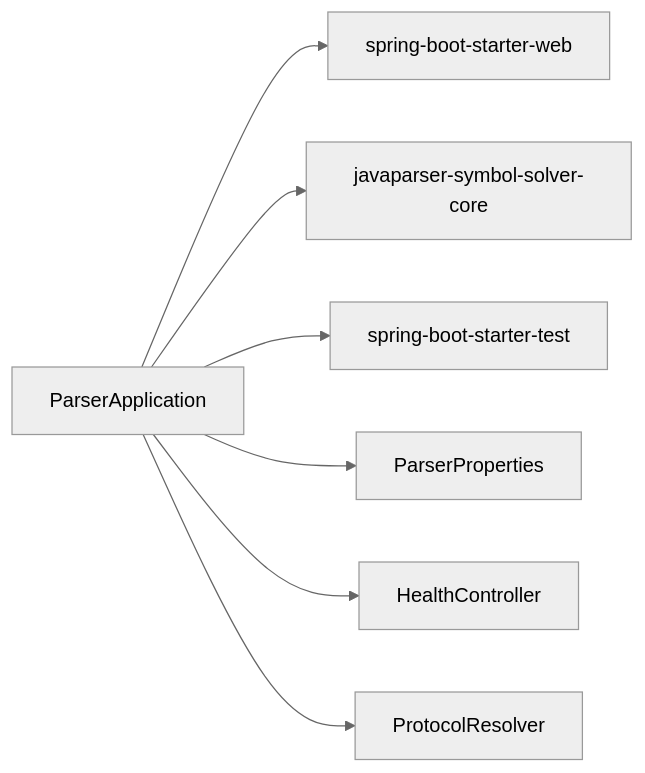
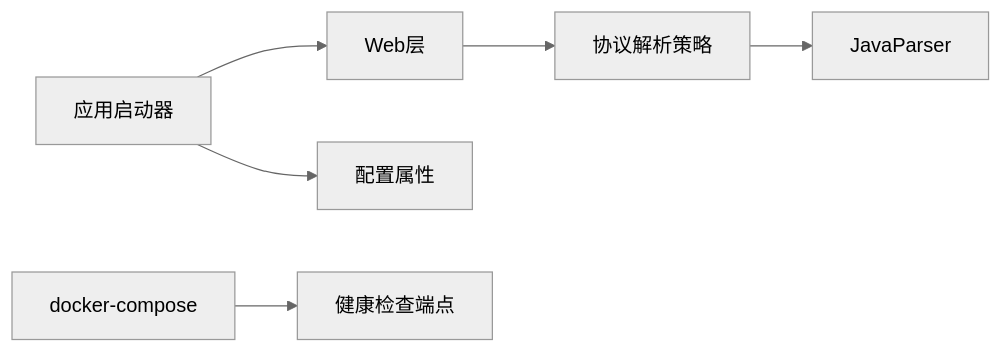
One commit to Joeyzheng001/LLM-AutoTest changed the fifth of 7 diagrams in .qoder/repowiki/zh/content/核心服务/Java解析器服务.md. Above: the diagram before and after it, drawn with Mermaid (neutral theme). The commit also changed other lines of this file and 186 other files, not shown here.

````diff
--- a/.qoder/repowiki/zh/content/核心服务/Java解析器服务.md
+++ b/.qoder/repowiki/zh/content/核心服务/Java解析器服务.md
@@ -199,9 +211,8 @@
 ```mermaid
 graph LR
-P["ParserApplication"] --> W["spring-boot-starter-web"]
-P --> J["javaparser-symbol-solver-core"]
-P --> T["spring-boot-starter-test"]
-P --> Cfg["ParserProperties"]
-P --> Ctrl["HealthController"]
-P --> IF["ProtocolResolver"]
+App["应用启动器"] --> Web["Web层"]
+App --> Props["配置属性"]
+Web --> Strategy["协议解析策略"]
+Strategy --> JP["JavaParser"]
+Compose["docker-compose"] --> Health["健康检查端点"]
 ```
````
